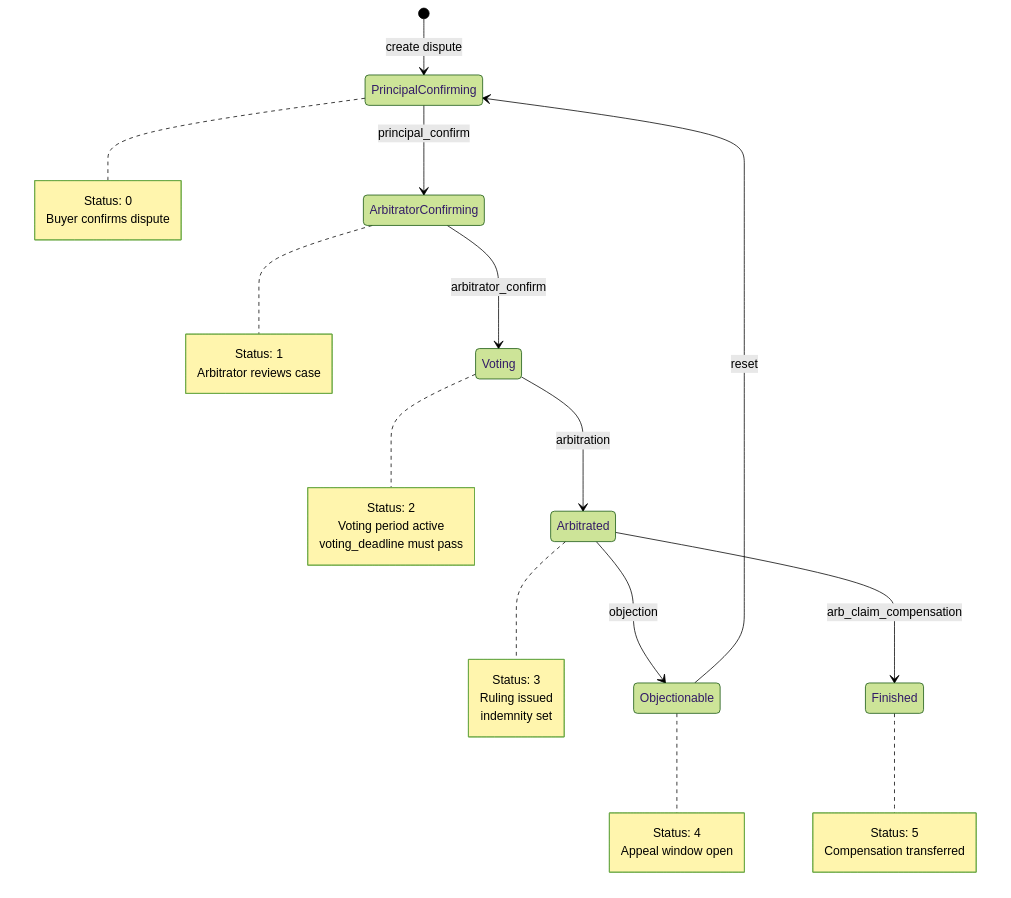
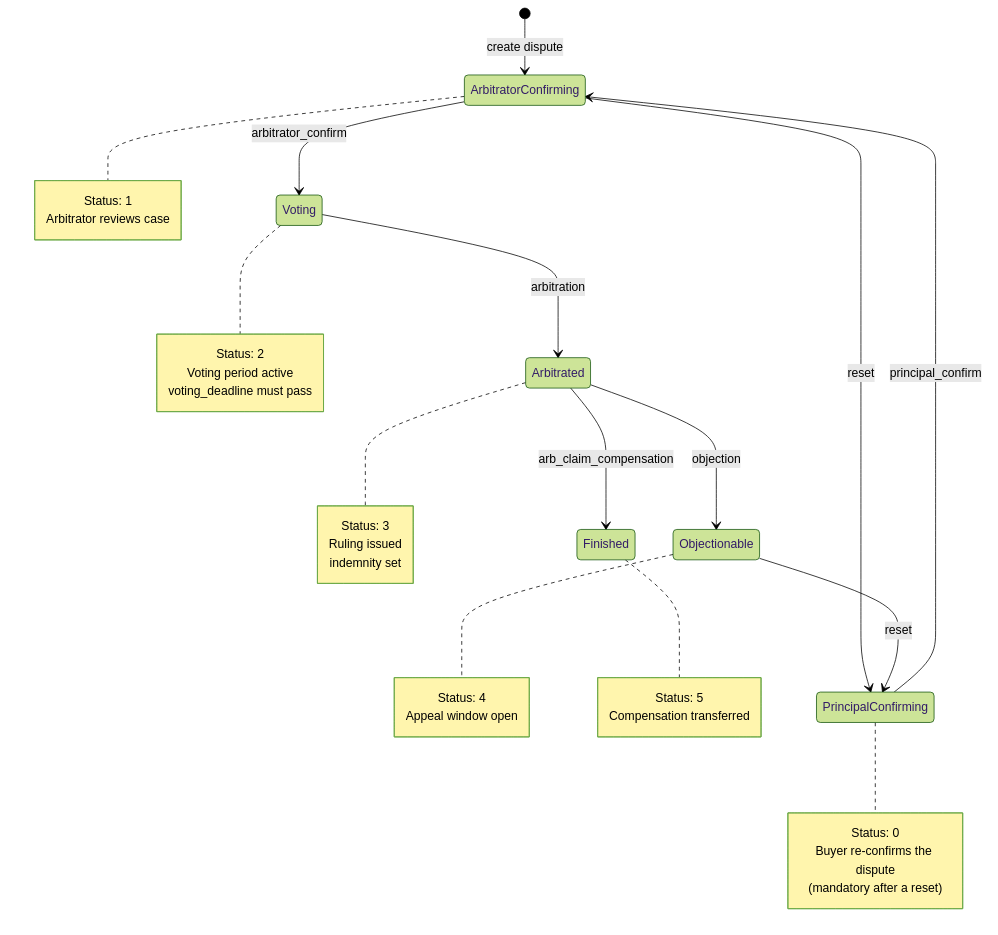
One commit to wowok-ai/docs changed the first of 2 diagrams in docs/arbitration.md. Above: the diagram before and after it, drawn with Mermaid (forest theme). The commit also changed other lines of this file and 2 other files, not shown here.

````diff
--- a/docs/arbitration.md
+++ b/docs/arbitration.md
@@ -1691,42 +1691,44 @@
 ```mermaid
 stateDiagram-v2
-  [*] --> PrincipalConfirming : create dispute
+  [*] --> ArbitratorConfirming : create dispute
   PrincipalConfirming --> ArbitratorConfirming : principal_confirm
   ArbitratorConfirming --> Voting : arbitrator_confirm
   Voting --> Arbitrated : arbitration
   Arbitrated --> Finished : arb_claim_compensation
   Arbitrated --> Objectionable : objection
+  ArbitratorConfirming --> PrincipalConfirming : reset
   Objectionable --> PrincipalConfirming : reset
 
   note right of PrincipalConfirming
       Status: 0
-      Buyer confirms dispute
+      Buyer re-confirms the dispute
+      (mandatory after a reset)
   end note
 
   note right of ArbitratorConfirming
       Status: 1
       Arbitrator reviews case
   end note
 
   note right of Voting
       Status: 2
       Voting period active
       voting_deadline must pass
   end note
 
   note right of Arbitrated
       Status: 3
       Ruling issued
       indemnity set
   end note
 
   note right of Objectionable
       Status: 4
       Appeal window open
   end note
 
   note right of Finished
       Status: 5
       Compensation transferred
   end note
 ```
````
